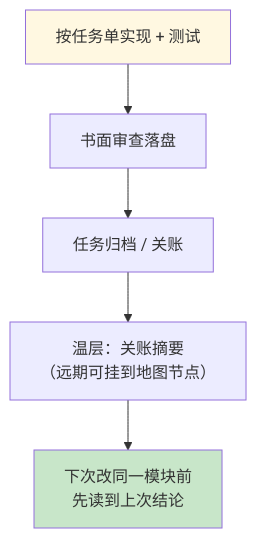
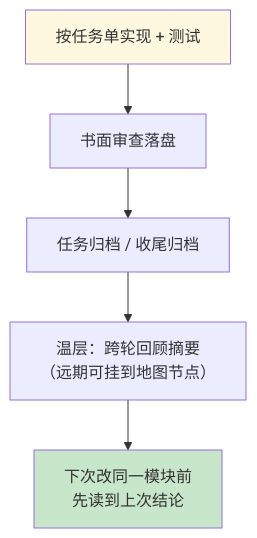
Before and after one commit to Cyning12/ai-coding-closed-loop-articles: the fourth of 7 diagrams in ARTICLE_AI_Coding_可闭环协作_公众稿_vol3_v1.4.0_zh.md, drawn with Mermaid. The commit also changed other lines of this file and 3 other files, not shown here.

````diff
--- a/ARTICLE_AI_Coding_可闭环协作_公众稿_vol3_v1.4.0_zh.md
+++ b/ARTICLE_AI_Coding_可闭环协作_公众稿_vol3_v1.4.0_zh.md
@@ -377,10 +377,10 @@
 ```mermaid
 flowchart TD
     START["按任务单实现 + 测试"] --> REVIEW["书面审查落盘"]
-    REVIEW --> CLOSE["任务归档 / 关账"]
-    CLOSE --> WARM["温层：关账摘要<br/>（远期可挂到地图节点）"]
+    REVIEW --> CLOSE["任务归档 / 收尾归档"]
+    CLOSE --> WARM["温层：跨轮回顾摘要<br/>（远期可挂到地图节点）"]
     WARM --> NEXT["下次改同一模块前<br/>先读到上次结论"]
 
     style START fill:#fff8e1
     style NEXT fill:#c8e6c9
 ```
````
